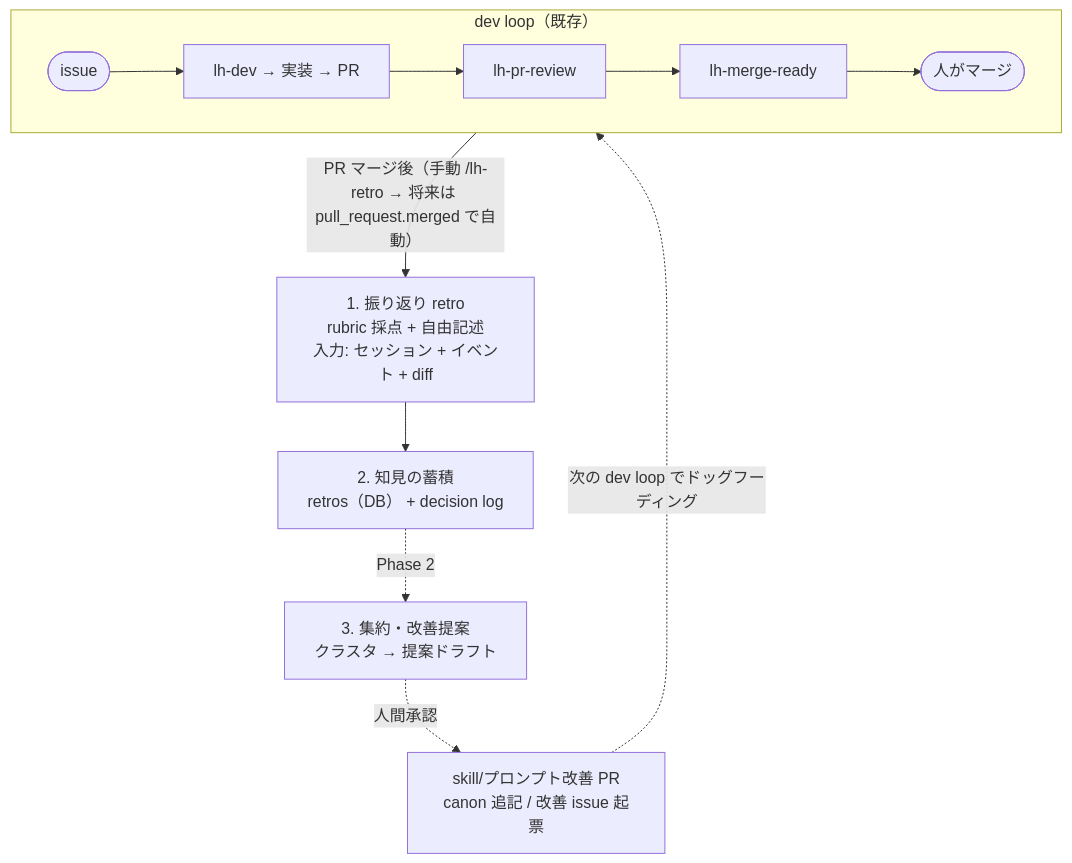
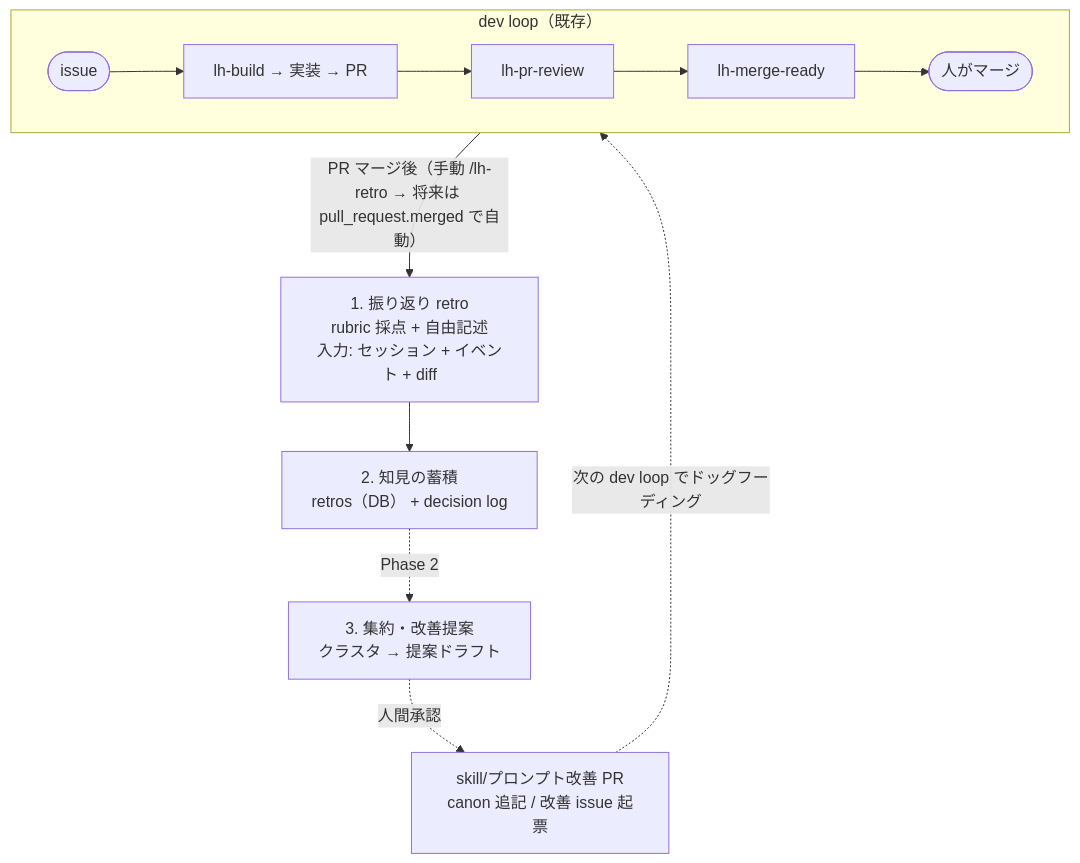
The diagram in docs/loop-retrospective-prd.ja.md (jugyo/loophub), drawn with Mermaid before and after one commit. The commit also changed other lines of this file and 76 other files, not shown here.

Commit message:
変更する: lh dev / lh-dev を lh build に統一する (#921)

````diff
--- a/docs/loop-retrospective-prd.ja.md
+++ b/docs/loop-retrospective-prd.ja.md
@@ -36,12 +36,12 @@
 ```mermaid
 flowchart TD
     subgraph dev["dev loop（既存）"]
         direction LR
-        I([issue]) --> D["lh-dev → 実装 → PR"] --> RV[lh-pr-review] --> MR[lh-merge-ready] --> HM([人がマージ])
+        I([issue]) --> D["lh-build → 実装 → PR"] --> RV[lh-pr-review] --> MR[lh-merge-ready] --> HM([人がマージ])
     end
     dev -->|"PR マージ後（手動 /lh-retro → 将来は pull_request.merged で自動）"| R1["1. 振り返り retro<br/>rubric 採点 + 自由記述<br/>入力: セッション + イベント + diff"]
     R1 --> R2["2. 知見の蓄積<br/>retros（DB） + decision log"]
     R2 -.->|"Phase 2"| R3["3. 集約・改善提案<br/>クラスタ → 提案ドラフト"]
     R3 -.->|"人間承認"| OUT["skill/プロンプト改善 PR<br/>canon 追記 / 改善 issue 起票"]
     OUT -.->|"次の dev loop でドッグフーディング"| dev
 ```
````
